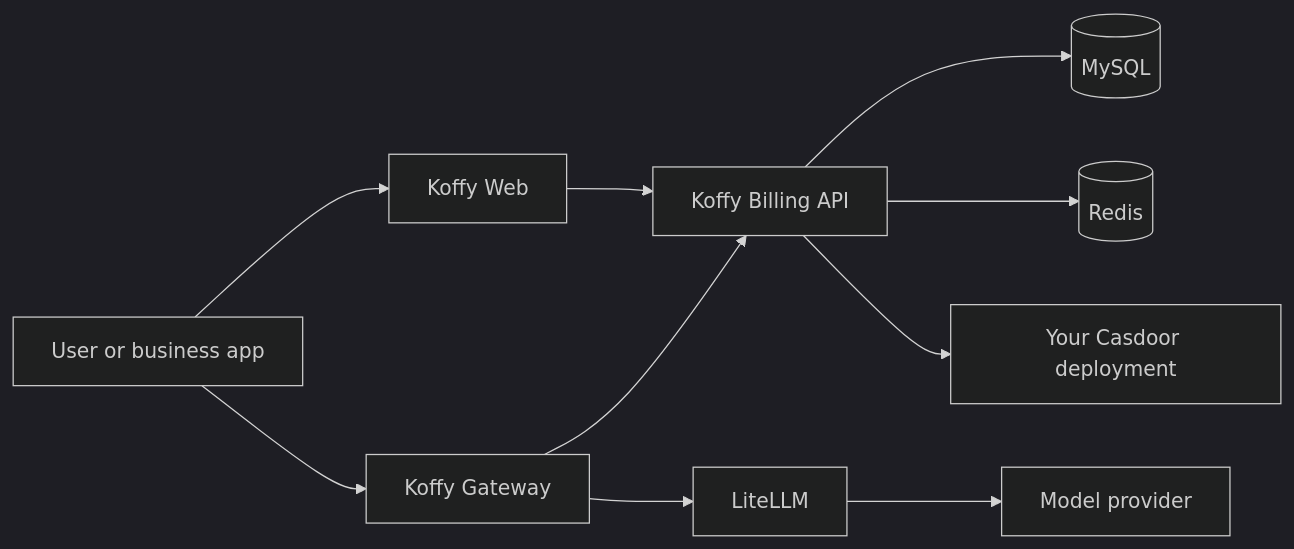
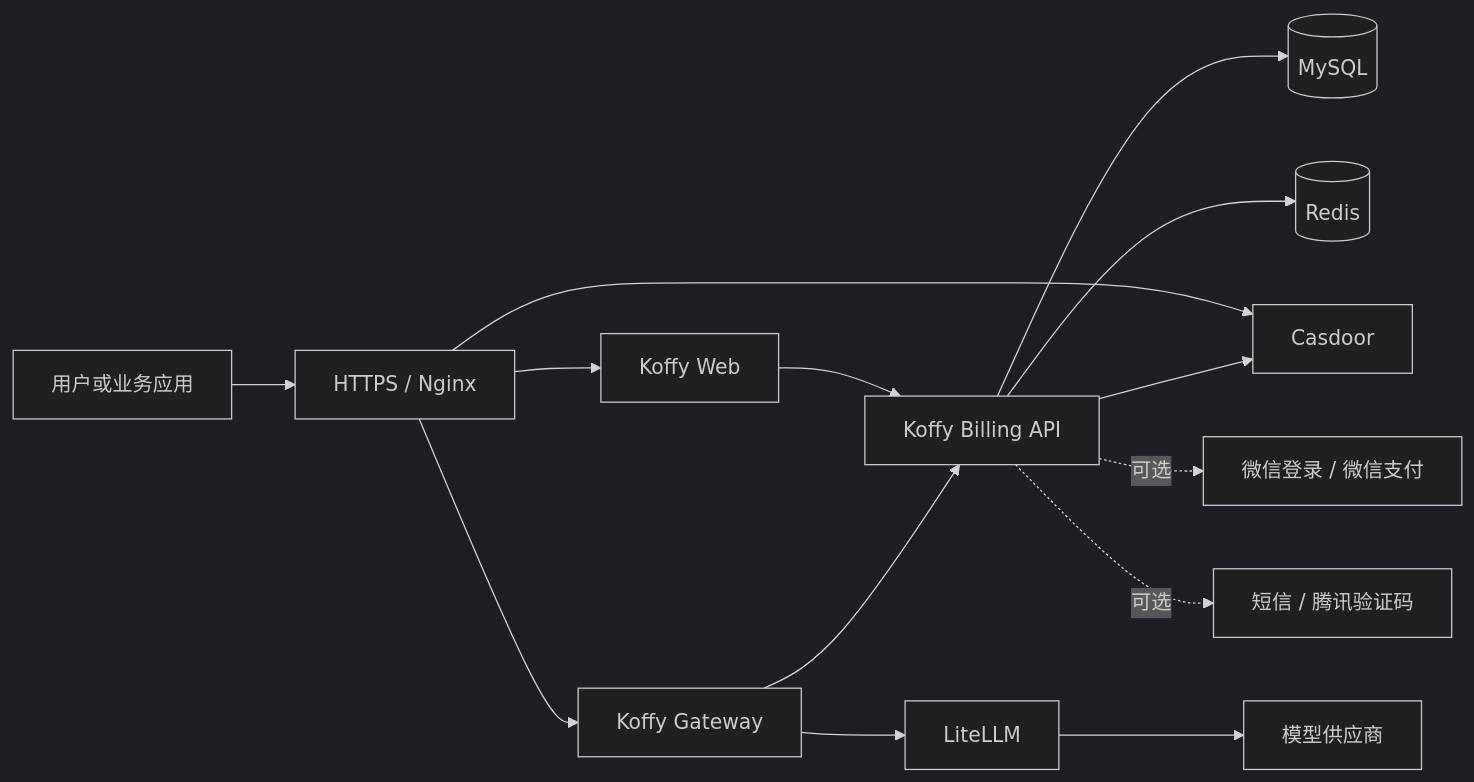
One commit to koffy-ai/koffy changed the first of 2 diagrams in README.md. Above: the diagram before and after it, drawn with Mermaid (dark theme). The commit also changed other lines of this file and 2 other files, not shown here.

````diff
--- a/README.md
+++ b/README.md
@@ -19,12 +31,16 @@
 ```mermaid
 flowchart LR
-    User[User or business app] --> Web[Koffy Web]
-    User --> Gateway[Koffy Gateway]
+    User[用户或业务应用] --> Nginx[HTTPS / Nginx]
+    Nginx --> Web[Koffy Web]
+    Nginx --> Gateway[Koffy Gateway]
+    Nginx --> Casdoor[Casdoor]
     Web --> Billing[Koffy Billing API]
     Gateway --> Billing
     Gateway --> LiteLLM[LiteLLM]
-    LiteLLM --> Provider[Model provider]
+    LiteLLM --> Models[模型供应商]
     Billing --> MySQL[(MySQL)]
     Billing --> Redis[(Redis)]
-    Billing --> Casdoor[Your Casdoor deployment]
+    Billing --> Casdoor
+    Billing -. 可选 .-> WeChat[微信登录 / 微信支付]
+    Billing -. 可选 .-> SMS[短信 / 腾讯验证码]
 ```
````
